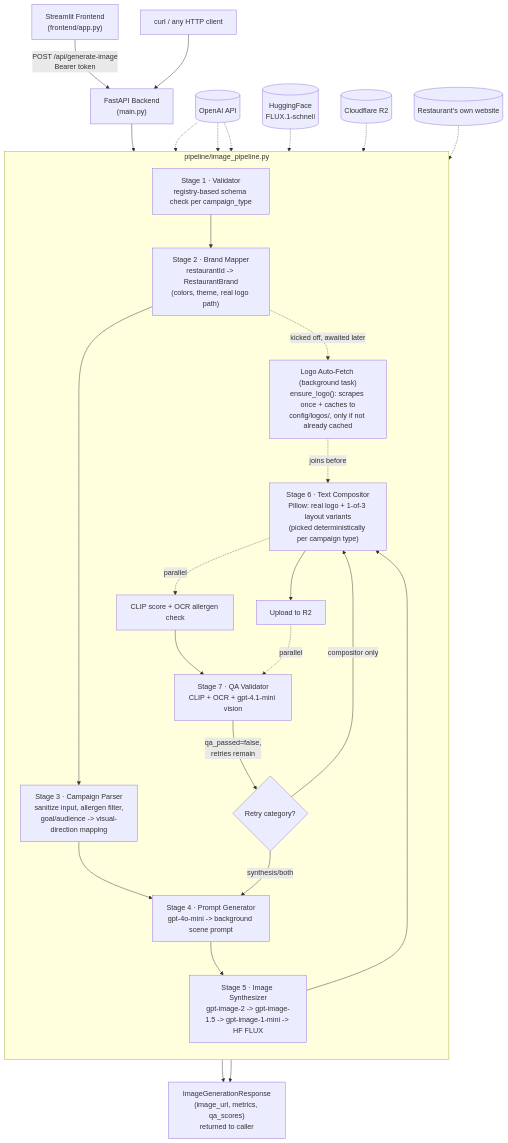
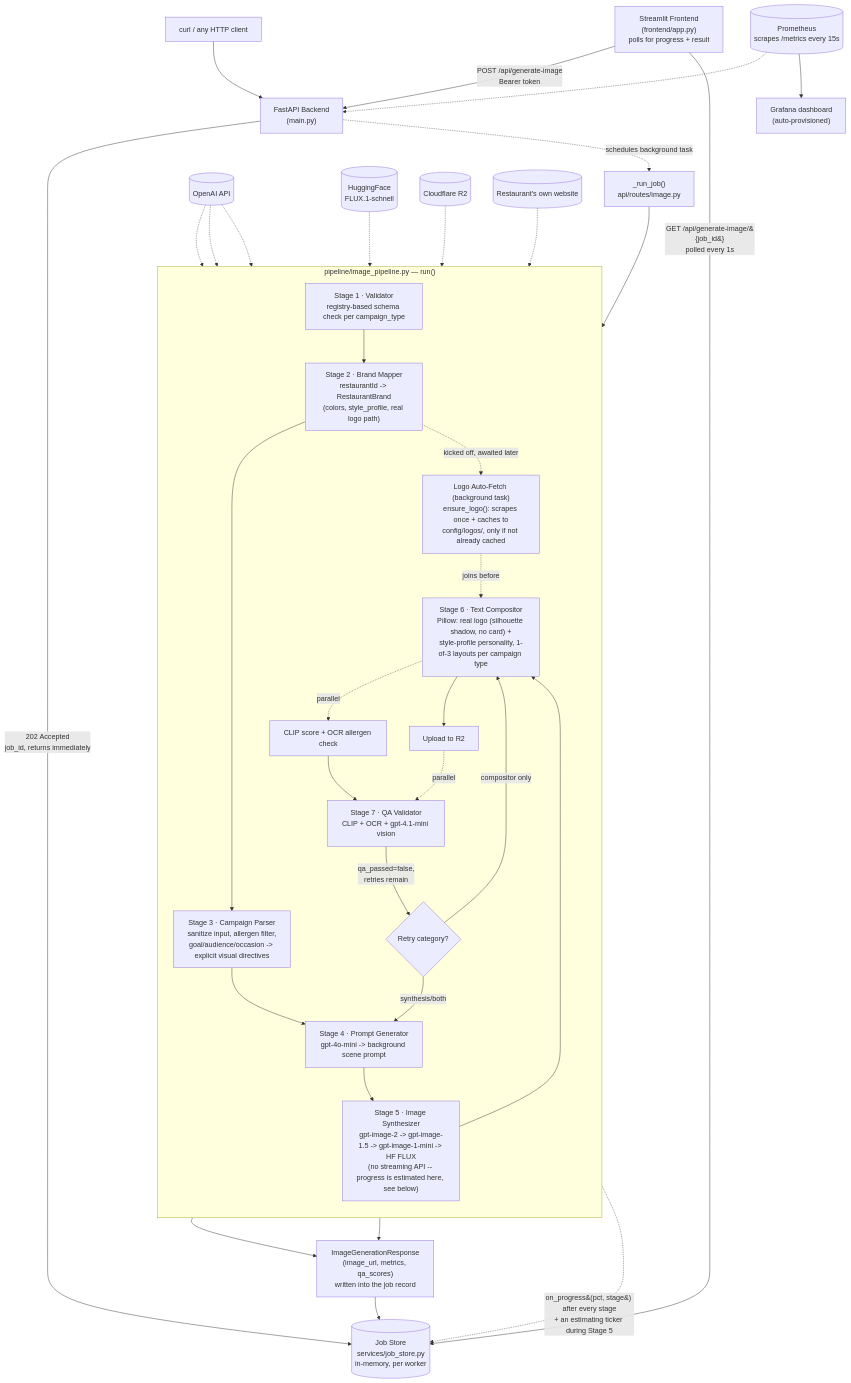
The diagram in README.md (TamkeenSara874/camion-image-gen), drawn with Mermaid before and after one commit. The commit also changed other lines of this file and 8 other files, not shown here.

First line of the commit message:
Make image generation async with live progress, fix deal-type reactivity

````diff
--- a/README.md
+++ b/README.md
@@ -10,40 +10,48 @@
 ```mermaid
 flowchart TD
-    UI["Streamlit Frontend<br/>(frontend/app.py)"] -->|"POST /api/generate-image<br/>Bearer token"| API["FastAPI Backend<br/>(main.py)"]
+    UI["Streamlit Frontend<br/>(frontend/app.py)<br/>polls for progress + result"] -->|"POST /api/generate-image<br/>Bearer token"| API["FastAPI Backend<br/>(main.py)"]
     CURL["curl / any HTTP client"] --> API
 
-    API --> S1
+    API -->|"202 Accepted<br/>job_id, returns immediately"| JOB[("Job Store<br/>services/job_store.py<br/>in-memory, per worker")]
+    API -.schedules background task.-> RUNNER["_run_job()<br/>api/routes/image.py"]
+    UI -->|"GET /api/generate-image/&#123;job_id&#125;<br/>polled every 1s"| JOB
+    RUNNER --> S1
 
-    subgraph PIPE["pipeline/image_pipeline.py"]
+    subgraph PIPE["pipeline/image_pipeline.py — run()"]
         direction TB
         S1["Stage 1 &middot; Validator<br/>registry-based schema check per campaign_type"]
-        S2["Stage 2 &middot; Brand Mapper<br/>restaurantId -> RestaurantBrand<br/>(colors, theme, real logo path)"]
+        S2["Stage 2 &middot; Brand Mapper<br/>restaurantId -> RestaurantBrand<br/>(colors, style_profile, real logo path)"]
         LOGO["Logo Auto-Fetch (background task)<br/>ensure_logo(): scrapes once + caches to<br/>config/logos/, only if not already cached"]
-        S3["Stage 3 &middot; Campaign Parser<br/>sanitize input, allergen filter,<br/>goal/audience -> visual-direction mapping"]
+        S3["Stage 3 &middot; Campaign Parser<br/>sanitize input, allergen filter,<br/>goal/audience/occasion -> explicit visual directives"]
         S4["Stage 4 &middot; Prompt Generator<br/>gpt-4o-mini -> background scene prompt"]
-        S5["Stage 5 &middot; Image Synthesizer<br/>gpt-image-2 -> gpt-image-1.5 -> gpt-image-1-mini -> HF FLUX"]
-        S6["Stage 6 &middot; Text Compositor<br/>Pillow: real logo + 1-of-3 layout variants<br/>(picked deterministically per campaign type)"]
+        S5["Stage 5 &middot; Image Synthesizer<br/>gpt-image-2 -> gpt-image-1.5 -> gpt-image-1-mini -> HF FLUX<br/>(no streaming API -- progress is estimated here, see below)"]
+        S6["Stage 6 &middot; Text Compositor<br/>Pillow: real logo (silhouette shadow, no card) +<br/>style-profile personality, 1-of-3 layouts per campaign type"]
         S7["Stage 7 &middot; QA Validator<br/>CLIP + OCR + gpt-4.1-mini vision"]
         S1 --> S2
         S2 -.kicked off, awaited later.-> LOGO
         S2 --> S3 --> S4 --> S5 --> S6
         LOGO -.joins before.-> S6
         S6 -.parallel.-> CLIPOCR["CLIP score + OCR allergen check"]
         CLIPOCR --> S7
         S6 --> R2U["Upload to R2"]
         R2U -.parallel.-> S7
         S7 -->|"qa_passed=false,<br/>retries remain"| RETRY{"Retry category?"}
         RETRY -->|"synthesis/both"| S4
         RETRY -->|"compositor only"| S6
     end
 
-    S7 --> RESP["ImageGenerationResponse<br/>(image_url, metrics, qa_scores)<br/>returned to caller"]
-    R2U --> RESP
+    PIPE -.on_progress&#40;pct, stage&#41; after every stage<br/>+ an estimating ticker during Stage 5.-> JOB
+    S7 --> RESULT["ImageGenerationResponse<br/>(image_url, metrics, qa_scores)<br/>written into the job record"]
+    R2U --> RESULT
+    RESULT --> JOB
 
     OPENAI[("OpenAI API")] -.-> S4
     OPENAI -.-> S5
     OPENAI -.-> S7
     HF[("HuggingFace<br/>FLUX.1-schnell")] -.-> S5
     R2[("Cloudflare R2")] -.-> R2U
     SITE[("Restaurant's own website")] -.-> LOGO
+
+    PROM[("Prometheus<br/>scrapes /metrics every 15s")] -.-> API
+    PROM --> GRAF["Grafana dashboard<br/>(auto-provisioned)"]
 ```
````
